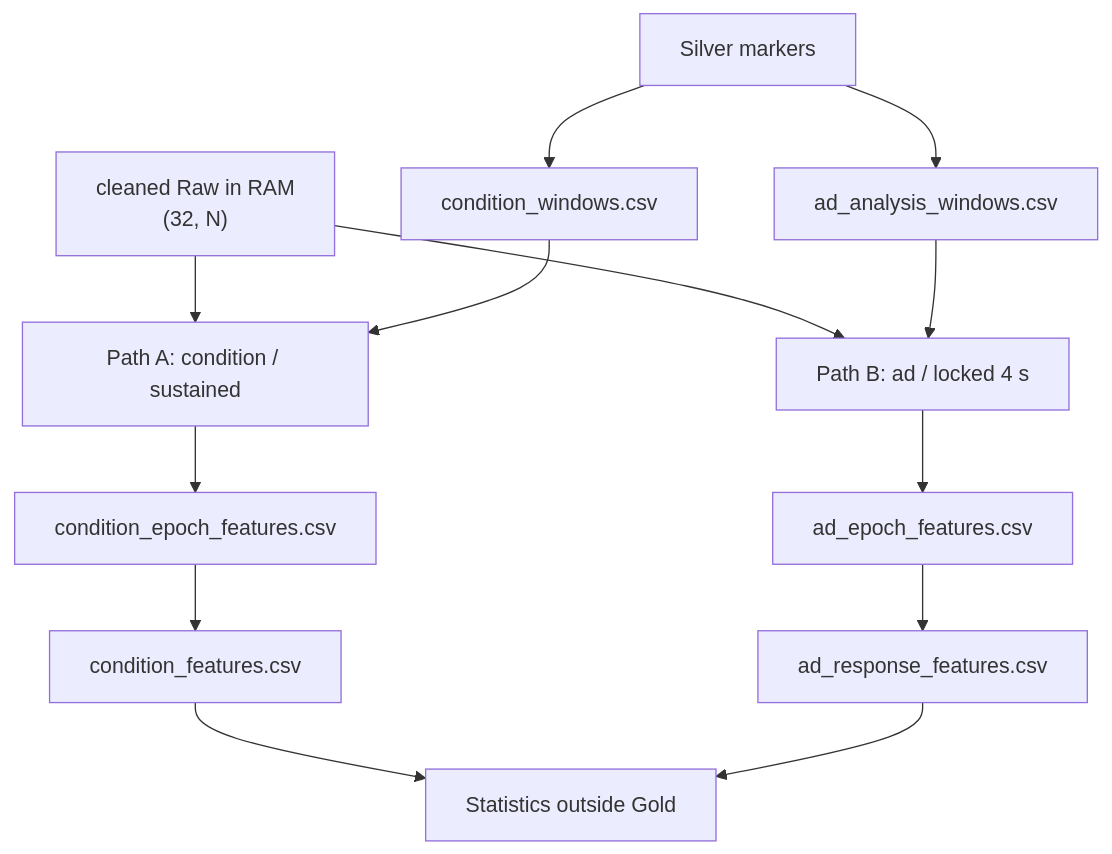
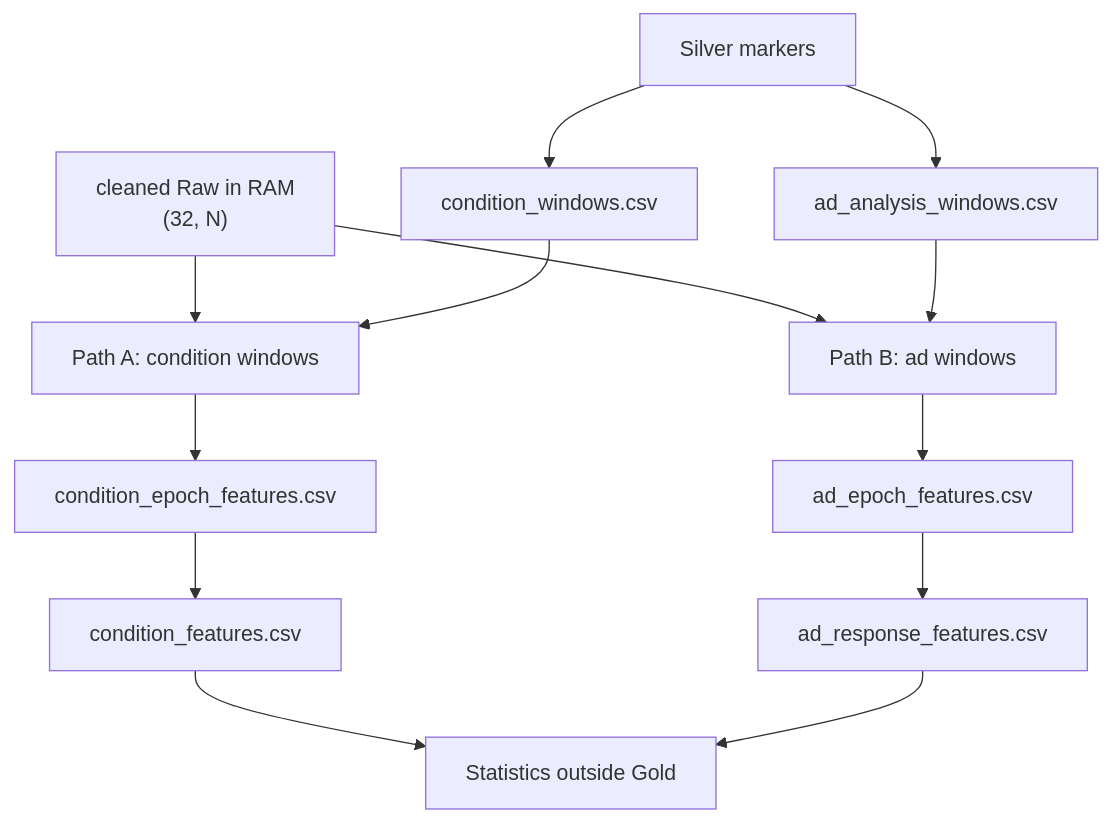
Before and after one commit to eZWALT/MasterThesis-The-Price-of-Attention: the diagram in .agents/context/data-analysis/eeg/2026-08-19-gold-paths-shapes-and-ica.md, drawn with Mermaid. The commit also changed other lines of this file and 76 other files, not shown here.

````diff
--- a/.agents/context/data-analysis/eeg/2026-08-19-gold-paths-shapes-and-ica.md
+++ b/.agents/context/data-analysis/eeg/2026-08-19-gold-paths-shapes-and-ica.md
@@ -60,15 +62,15 @@
 ```mermaid
 flowchart TD
-    RAW["cleaned Raw in RAM<br/>(32, N)"] --> CA["Path A: condition / sustained"]
-    RAW --> CB["Path B: ad / locked 4 s"]
+    RAW["cleaned Raw in RAM<br/>(32, N)"] --> CA["Path A: condition windows"]
+    RAW --> CB["Path B: ad windows"]
     MARK["Silver markers"] --> WA["condition_windows.csv"]
     MARK --> WB["ad_analysis_windows.csv"]
     WA --> CA
     WB --> CB
     CA --> EA["condition_epoch_features.csv"]
     EA --> SA["condition_features.csv"]
     CB --> EB["ad_epoch_features.csv"]
     EB --> RB["ad_response_features.csv"]
     SA --> ST["Statistics outside Gold"]
     RB --> ST
 ```
````
